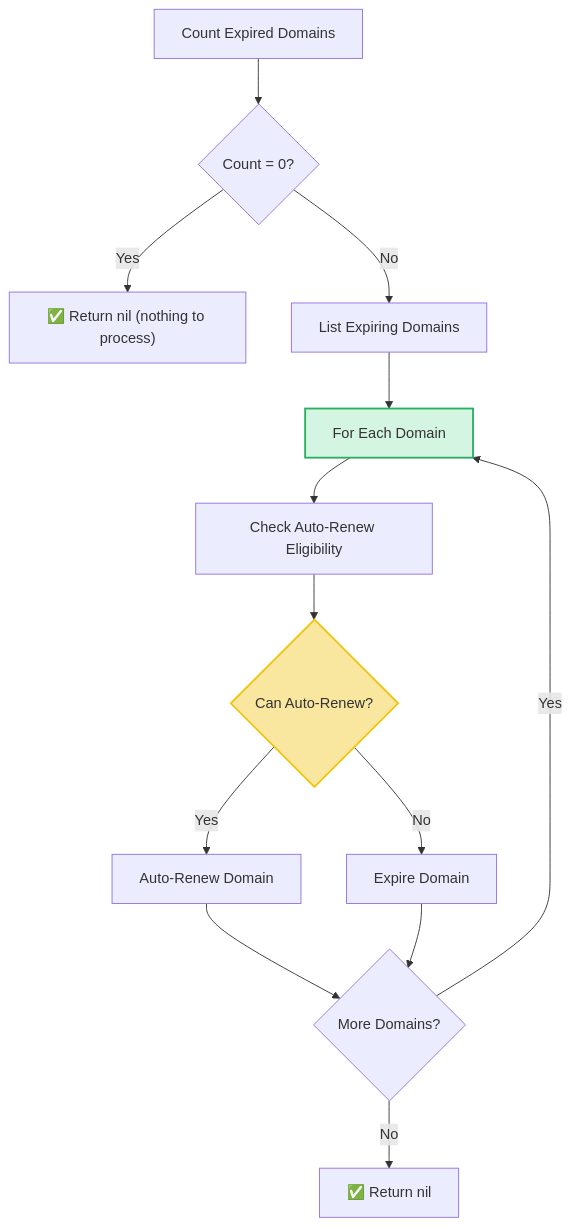
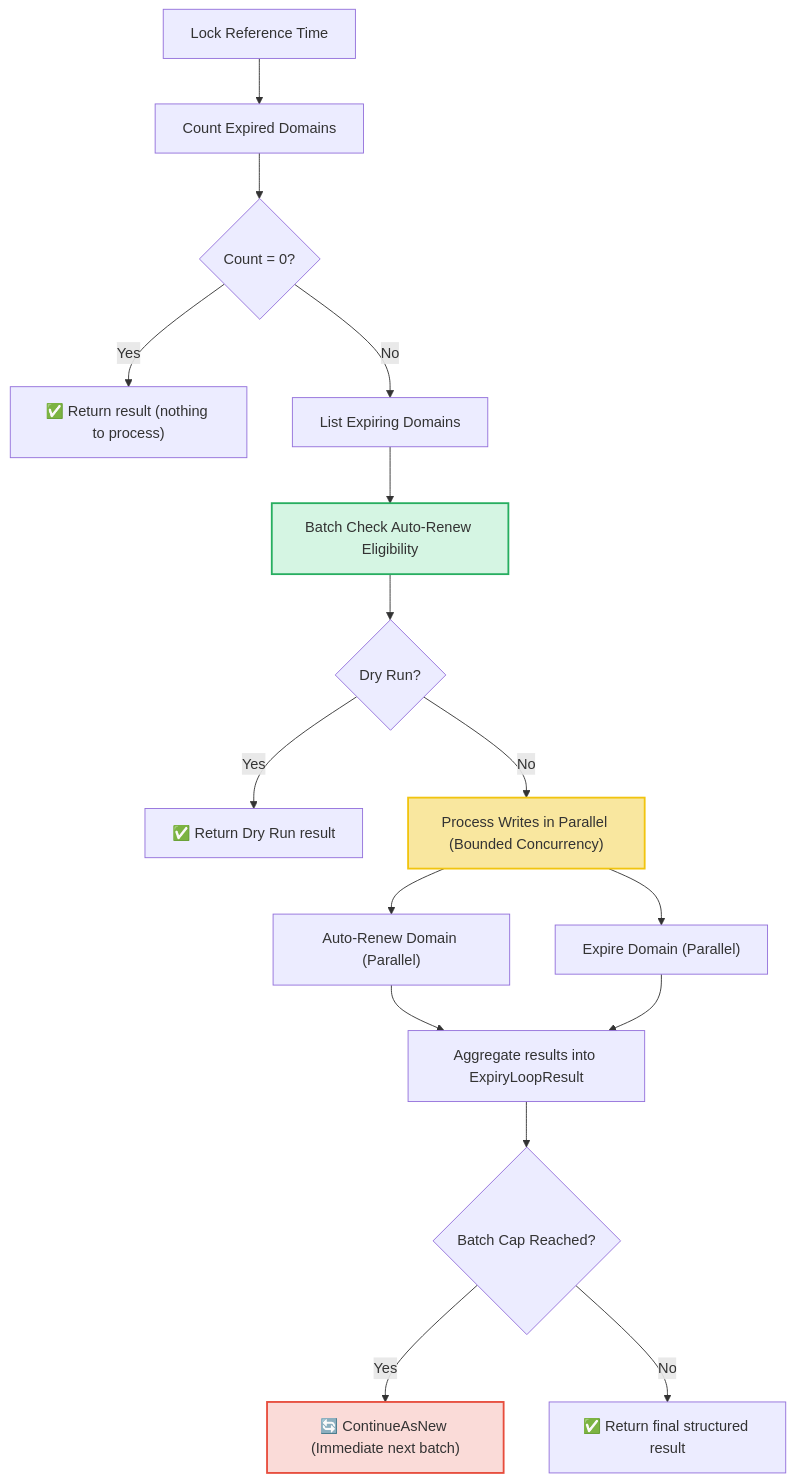
The diagram in internal/application/workflows/expiryLoop.doc.md (onasunnymorning/domain-os), drawn with Mermaid before and after one commit. The commit also changed other lines of this file and 85 other files, not shown here.

````diff
--- a/internal/application/workflows/expiryLoop.doc.md
+++ b/internal/application/workflows/expiryLoop.doc.md
@@ -19,18 +19,22 @@
 ```mermaid
 graph TD
-    A["Count Expired Domains"] --> B{"Count = 0?"}
-    B -- Yes --> DONE1["✅ Return nil (nothing to process)"]
-    B -- No --> C["List Expiring Domains"]
-    C --> D["For Each Domain"]
-    D --> E["Check Auto-Renew Eligibility"]
-    E --> F{"Can Auto-Renew?"}
-    F -- Yes --> G["Auto-Renew Domain"]
-    F -- No --> H["Expire Domain"]
-    G --> I{"More Domains?"}
-    H --> I
-    I -- Yes --> D
-    I -- No --> DONE2["✅ Return nil"]
+    A["Lock Reference Time"] --> B["Count Expired Domains"]
+    B --> C{"Count = 0?"}
+    C -- Yes --> DONE1["✅ Return result (nothing to process)"]
+    C -- No --> D["List Expiring Domains"]
+    D --> E["Batch Check Auto-Renew Eligibility"]
+    E --> F{"Dry Run?"}
+    F -- Yes --> DONE2["✅ Return Dry Run result"]
+    F -- No --> G["Process Writes in Parallel (Bounded Concurrency)"]
+    G --> H["Auto-Renew Domain (Parallel)"]
+    G --> I["Expire Domain (Parallel)"]
+    H --> J["Aggregate results into ExpiryLoopResult"]
+    I --> J
+    J --> K{"Batch Cap Reached?"}
+    K -- Yes --> L["🔄 ContinueAsNew (Immediate next batch)"]
+    K -- No --> DONE3["✅ Return final structured result"]
 
-    style D fill:#d5f5e3,stroke:#27ae60,stroke-width:2px
-    style F fill:#f9e79f,stroke:#f1c40f,stroke-width:2px
+    style E fill:#d5f5e3,stroke:#27ae60,stroke-width:2px
+    style G fill:#f9e79f,stroke:#f1c40f,stroke-width:2px
+    style L fill:#fadbd8,stroke:#e74c3c,stroke-width:2px
 ```
````
